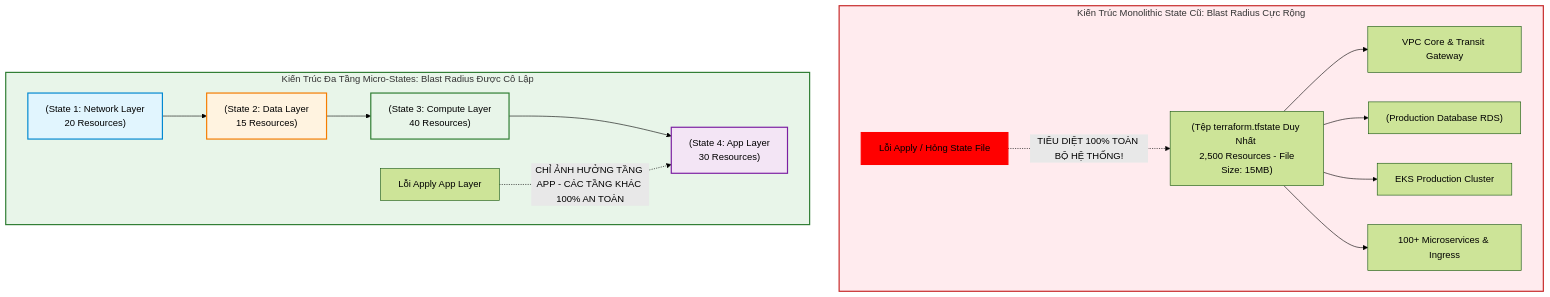
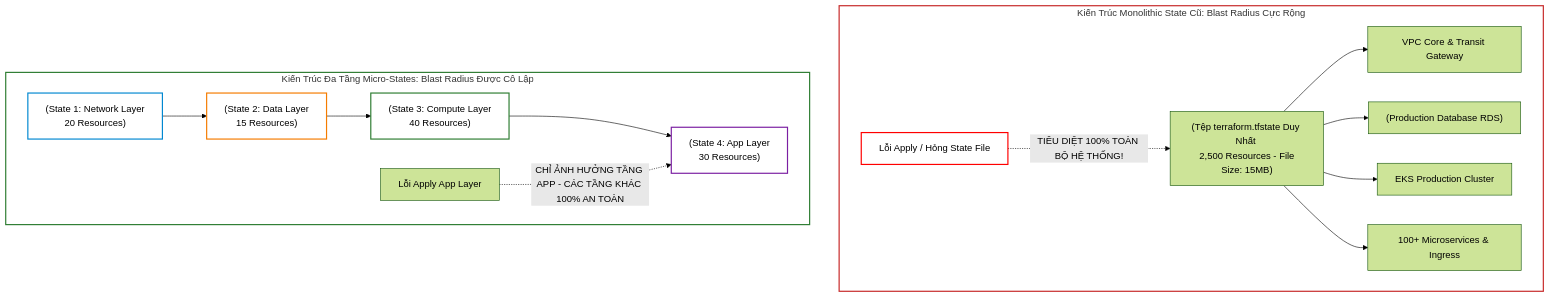
Before and after one commit to kiennt308/ntk: the first of 6 diagrams in _posts/2026-09-13-terraform-25-25-quan-tri-blast-radius-va-to-chuc-codebase-ha-tang-enterprise.md, drawn with Mermaid (forest theme). The commit also changed other lines of this file and 207 other files, not shown here.

Commit message:
feat(posts): batch standardize all 208 posts with TL;DR, qa-card accordion, fill:none mermaid, and liquid raw wrappers

````diff
--- a/_posts/2026-09-13-terraform-25-25-quan-tri-blast-radius-va-to-chuc-codebase-ha-tang-enterprise.md
+++ b/_posts/2026-09-13-terraform-25-25-quan-tri-blast-radius-va-to-chuc-codebase-ha-tang-enterprise.md
@@ -37,30 +41,30 @@
 ```mermaid
 flowchart TD
     subgraph Monolith_Architecture ["Kiến Trúc Monolithic State Cũ: Blast Radius Cực Rộng"]
         M_STATE["(Tệp terraform.tfstate Duy Nhất \n 2,500 Resources - File Size: 15MB)"]
         M_STATE --> M_VPC["VPC Core & Transit Gateway"]
         M_STATE --> M_DB["(Production Database RDS)"]
         M_STATE --> M_EKS["EKS Production Cluster"]
         M_STATE --> M_APP["100+ Microservices & Ingress"]
         
         FAIL["Lỗi Apply / Hỏng State File"] -.->|TIÊU DIỆT 100% TOÀN BỘ HỆ THỐNG!| M_STATE
     end
 
     subgraph Layered_Micro_States ["Kiến Trúc Đa Tầng Micro-States: Blast Radius Được Cô Lập"]
         S_NET["(State 1: Network Layer \n 20 Resources)"] --> S_DATA["(State 2: Data Layer \n 15 Resources)"]
         S_DATA --> S_COMP["(State 3: Compute Layer \n 40 Resources)"]
         S_COMP --> S_APP["(State 4: App Layer \n 30 Resources)"]
         
         FAIL_APP["Lỗi Apply App Layer"] -.->|CHỈ ẢNH HƯỞNG TẦNG APP - CÁC TẦNG KHÁC 100% AN TOÀN| S_APP
     end
 
-    style Monolith_Architecture fill:#ffebee,stroke:#c62828,stroke-width:2px
-    style Layered_Micro_States fill:#e8f5e9,stroke:#2e7d32,stroke-width:2px
-    style FAIL fill:#ff0000,stroke:#ff0000,stroke-width:2px
-    style S_NET fill:#e1f5fe,stroke:#0288d1,stroke-width:2px
-    style S_DATA fill:#fff3e0,stroke:#f57c00,stroke-width:2px
-    style S_COMP fill:#e8f5e9,stroke:#2e7d32,stroke-width:2px
-    style S_APP fill:#f3e5f5,stroke:#7b1fa2,stroke-width:2px
+    style Monolith_Architecture fill:none,stroke:#c62828,stroke-width:2px
+    style Layered_Micro_States fill:none,stroke:#2e7d32,stroke-width:2px
+    style FAIL fill:none,stroke:#ff0000,stroke-width:2px
+    style S_NET fill:none,stroke:#0288d1,stroke-width:2px
+    style S_DATA fill:none,stroke:#f57c00,stroke-width:2px
+    style S_COMP fill:none,stroke:#2e7d32,stroke-width:2px
+    style S_APP fill:none,stroke:#7b1fa2,stroke-width:2px
 
 
 ```
````
